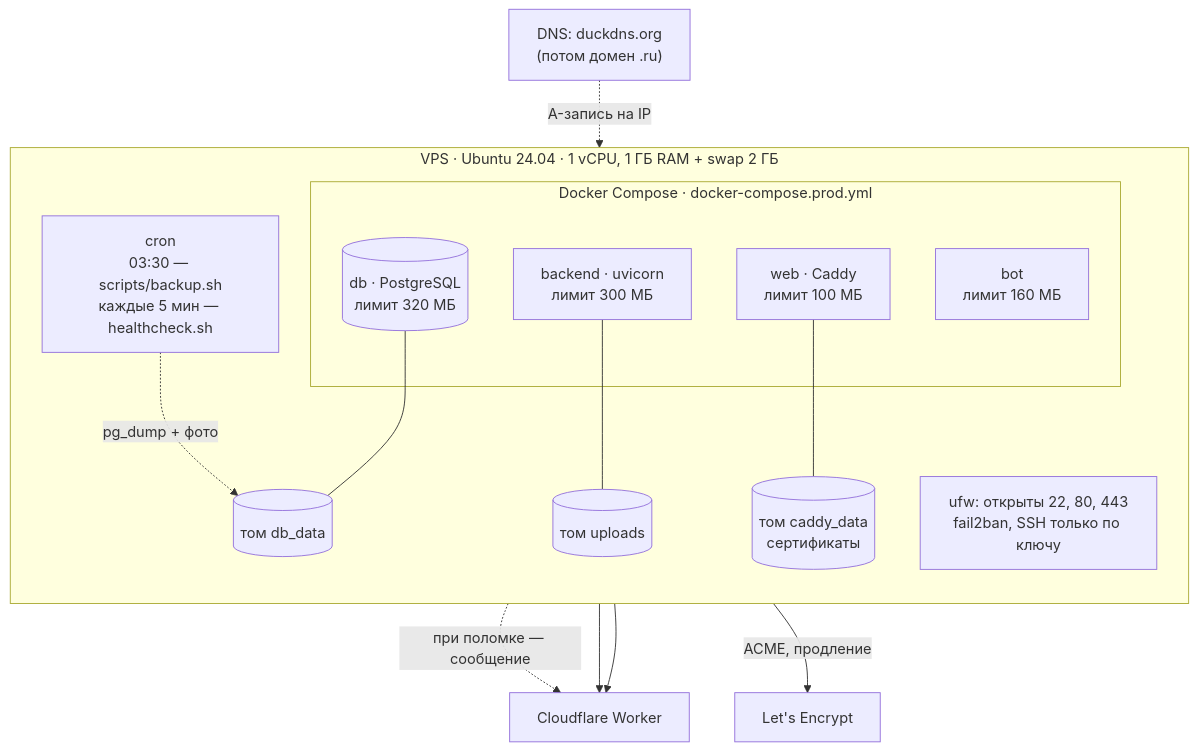
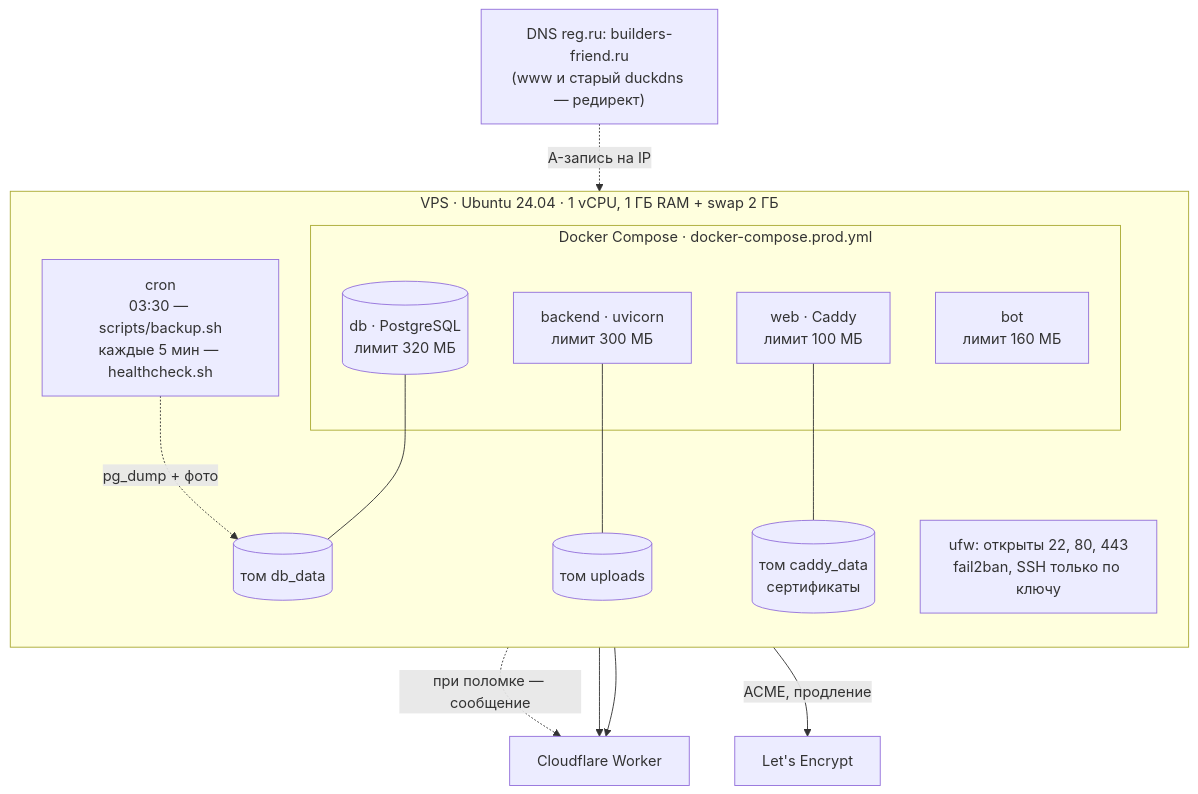
Before and after one commit to haz2007/-Builder-s-Friend-: diagram 12 of 16 in docs/diagrams.md, drawn with Mermaid. The commit also changed 6 other files, not shown here.

First line of the commit message:
Move the site to builders-friend.ru

````diff
--- a/docs/diagrams.md
+++ b/docs/diagrams.md
@@ -479,31 +479,31 @@
 ```mermaid
 flowchart TB
     subgraph vps["VPS · Ubuntu 24.04 · 1 vCPU, 1 ГБ RAM + swap 2 ГБ"]
         direction TB
         ufw["ufw: открыты 22, 80, 443<br/>fail2ban, SSH только по ключу"]
         subgraph compose["Docker Compose · docker-compose.prod.yml"]
             web["web · Caddy<br/>лимит 100 МБ"]
             api["backend · uvicorn<br/>лимит 300 МБ"]
             bot["bot<br/>лимит 160 МБ"]
             db[("db · PostgreSQL<br/>лимит 320 МБ")]
         end
         vol_db[("том db_data")]
         vol_up[("том uploads")]
         vol_caddy[("том caddy_data<br/>сертификаты")]
         cron["cron<br/>03:30 — scripts/backup.sh<br/>каждые 5 мин — healthcheck.sh"]
     end
 
     le["Let's Encrypt"]
     cf["Cloudflare Worker"]
-    dns["DNS: duckdns.org<br/>(потом домен .ru)"]
+    dns["DNS reg.ru: builders-friend.ru<br/>(www и старый duckdns — редирект)"]
 
     db --- vol_db
     api --- vol_up
     web --- vol_caddy
     cron -. "pg_dump + фото" .-> vol_db
     cron -. "при поломке — сообщение" .-> cf
     web -- "ACME, продление" --> le
     api --> cf
     bot --> cf
     dns -. "A-запись на IP" .-> vps
 ```
````
